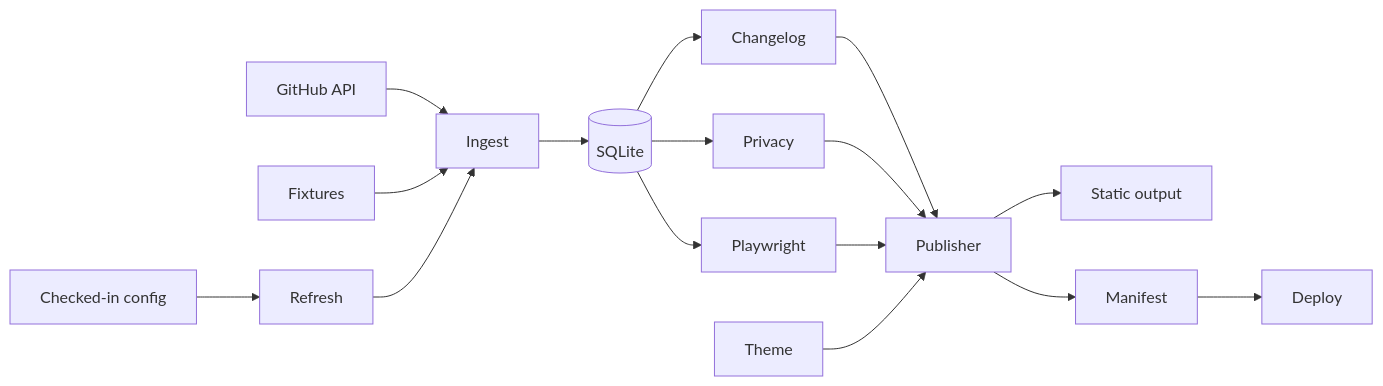
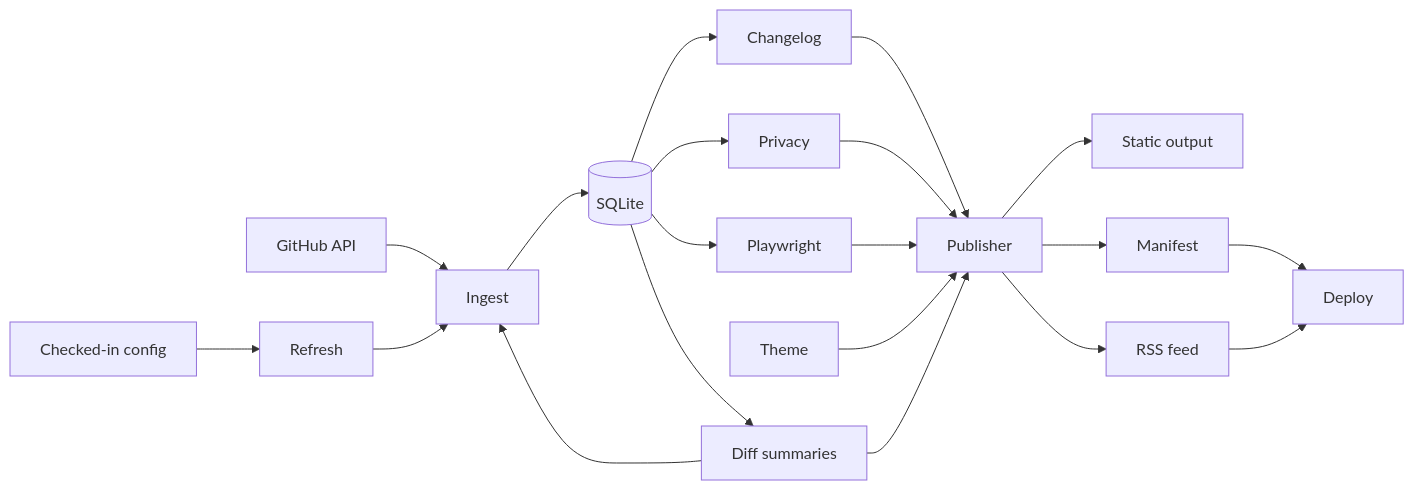
One commit to DanielCuevas1208/engineer-profile changed the diagram in README.md. Above: the diagram before and after it, drawn with Mermaid. The commit also changed other lines of this file and 21 other files, not shown here.

````diff
--- a/README.md
+++ b/README.md
@@ -25,18 +27,22 @@
 ```mermaid
 flowchart LR
   C[Checked-in config] --> R[Refresh]
   G[GitHub API] --> I[Ingest]
   F[Fixtures] --> I
   R --> I
   I --> D[(SQLite)]
   D --> L[Changelog]
   D --> P[Privacy]
   D --> S[Playwright]
   L --> W[Publisher]
   P --> W
   S --> W
   W --> O[Static output]
   T[Theme] --> W
+  D --> F[Diff summaries]
+  F --> W
   W --> M[Manifest]
+  W --> X[RSS feed]
   M --> K[Deploy]
+  X --> K
 ```
````
